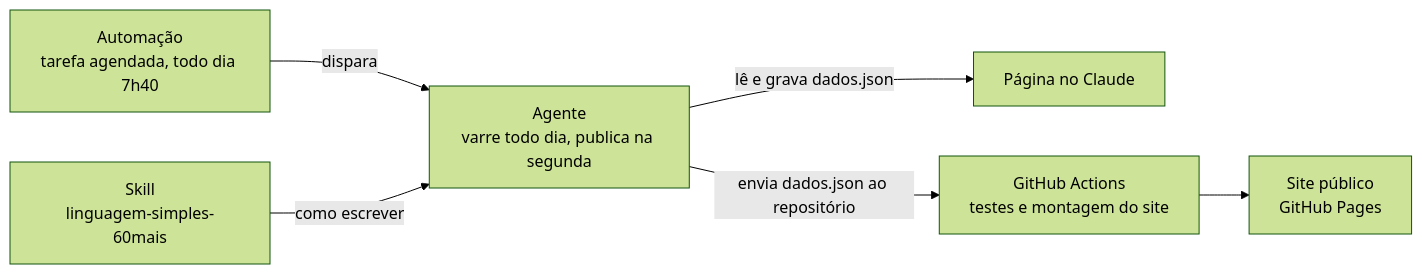
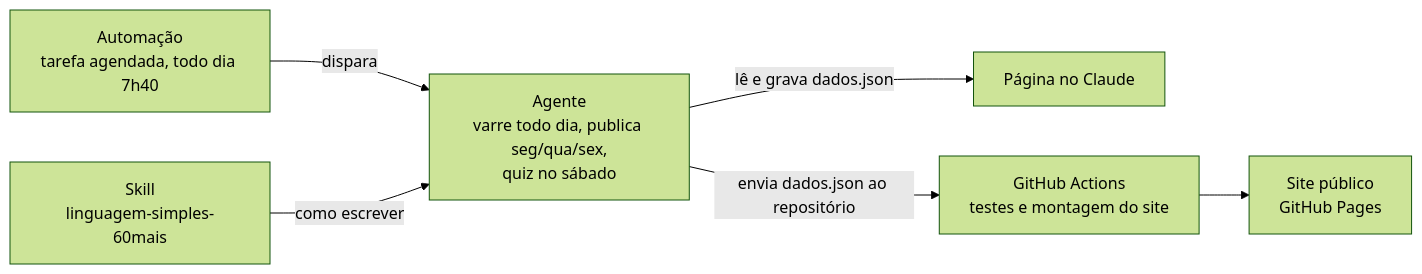
The diagram in README.md (MFraza73/sentinela-60mais), drawn with Mermaid (forest theme) before and after one commit. The commit also changed other lines of this file and 19 other files, not shown here.

````diff
--- a/README.md
+++ b/README.md
@@ -26,8 +28,8 @@
 ```mermaid
 flowchart LR
-    A["Automação<br/>tarefa agendada, todo dia 7h40"] -->|dispara| B["Agente<br/>varre todo dia, publica na segunda"]
+    A["Automação<br/>tarefa agendada, todo dia 7h40"] -->|dispara| B["Agente<br/>varre todo dia, publica seg/qua/sex,<br/>quiz no sábado"]
     S["Skill<br/>linguagem-simples-60mais"] -->|como escrever| B
     B -->|lê e grava dados.json| P["Página no Claude"]
     B -->|envia dados.json ao repositório| R["GitHub Actions<br/>testes e montagem do site"]
     R --> G["Site público<br/>GitHub Pages"]
 ```
````
